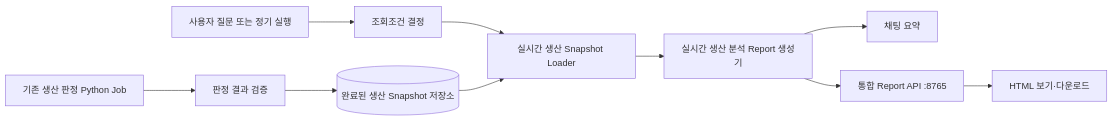
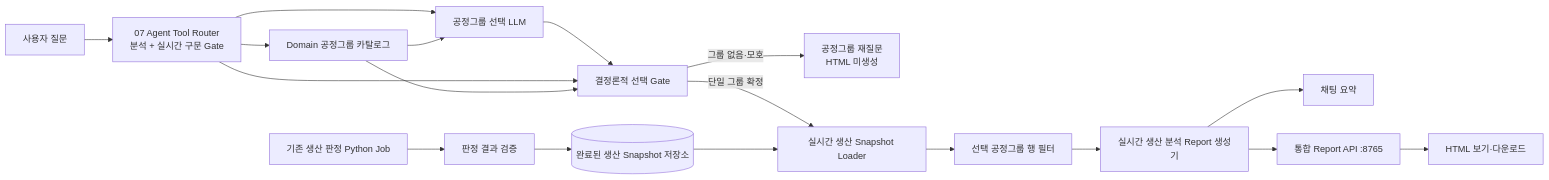
The first of 3 diagrams in docs/REALTIME_PRODUCTION_REPORT_PRODUCTION_IMPLEMENTATION_GUIDE.md (bongG-moon/metadata_driven_v5), drawn with Mermaid before and after one commit. The commit also changed other lines of this file and 34 other files, not shown here.

````diff
--- a/docs/REALTIME_PRODUCTION_REPORT_PRODUCTION_IMPLEMENTATION_GUIDE.md
+++ b/docs/REALTIME_PRODUCTION_REPORT_PRODUCTION_IMPLEMENTATION_GUIDE.md
@@ -38,12 +54,20 @@
 ```mermaid
 flowchart LR
     A["기존 생산 판정 Python Job"] --> B["판정 결과 검증"]
     B --> C[("완료된 생산 Snapshot 저장소")]
-    D["사용자 질문 또는 정기 실행"] --> E["조회조건 결정"]
-    E --> F["실시간 생산 Snapshot Loader"]
-    C --> F
-    F --> G["실시간 생산 분석 Report 생성기"]
-    G --> H["채팅 요약"]
-    G --> I["통합 Report API :8765"]
-    I --> J["HTML 보기·다운로드"]
+    D["사용자 질문"] --> R["07 Agent Tool Router<br/>분석 + 실시간 구문 Gate"]
+    R --> E["Domain 공정그룹 카탈로그"]
+    R --> F["공정그룹 선택 LLM"]
+    E --> F
+    F --> G["결정론적 선택 Gate"]
+    R --> G
+    E --> G
+    G -->|"그룹 없음·모호"| H["공정그룹 재질문<br/>HTML 미생성"]
+    G -->|"단일 그룹 확정"| I["실시간 생산 Snapshot Loader"]
+    C --> I
+    I --> J["선택 공정그룹 행 필터"]
+    J --> K["실시간 생산 분석 Report 생성기"]
+    K --> L["채팅 요약"]
+    K --> M["통합 Report API :8765"]
+    M --> N["HTML 보기·다운로드"]
 ```
````
